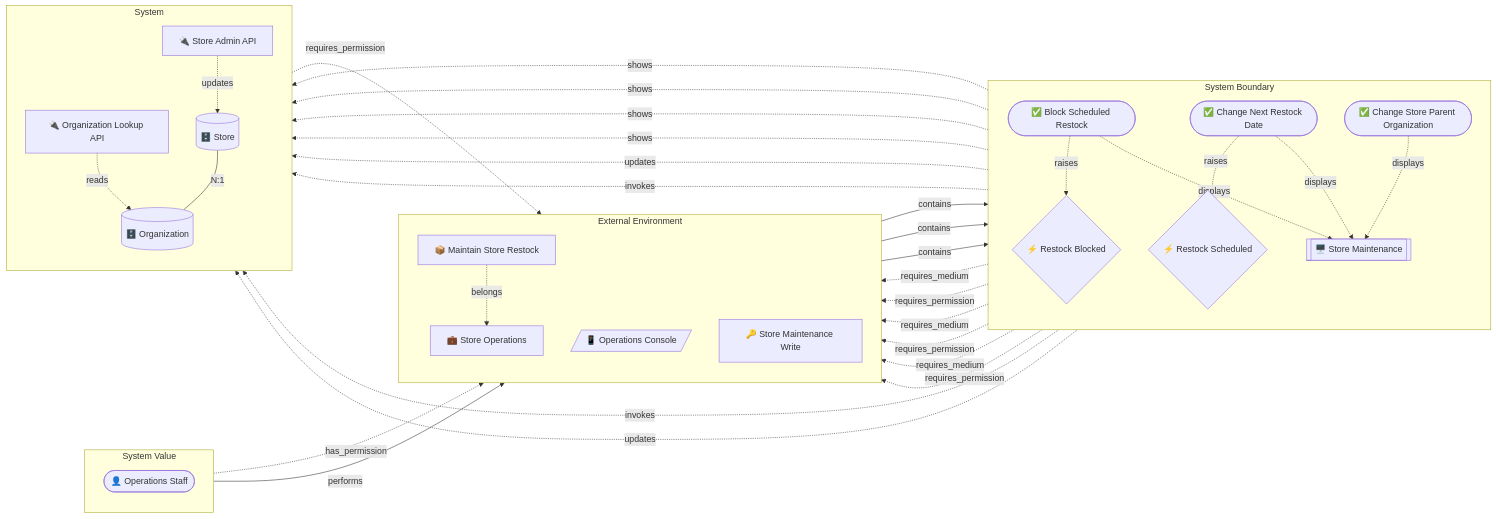
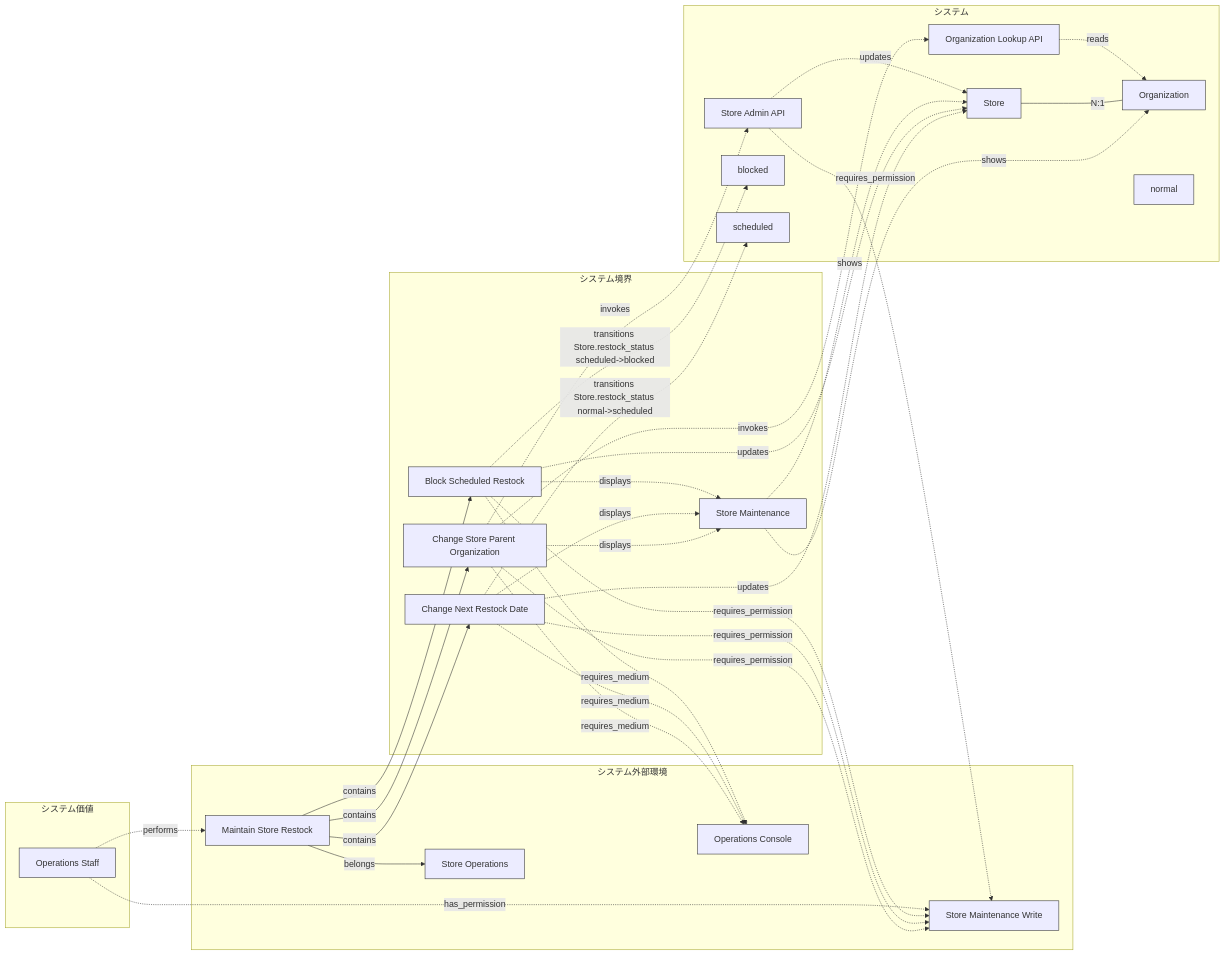
Before and after one commit to manji-0/rdra-ish-dsl: the first of 3 diagrams in docs/diagram-sample-review.md, drawn with Mermaid. The commit also changed other lines of this file and 35 other files, not shown here.

First line of the commit message:
feat(cli)!: write the rdra diagram under the encoding contract

````diff
--- a/docs/diagram-sample-review.md
+++ b/docs/diagram-sample-review.md
@@ -39,59 +39,70 @@
 ```mermaid
+%% rdra-ish diagram=rdra scope=buc:BucStoreRestock model=samples/incremental-order/step-6-business-rules/src
+%% layers: value=システム価値 environment=システム外部環境 boundary=システム境界 system=システム
+%% kinds: actor business buc medium permission usecase screen api entity state
+%% omitted: (none)
 flowchart LR
-  subgraph layer_value[System Value]
-    direction TB
-    OpsStaff(["👤 Operations Staff"])
+  subgraph layer_value["システム価値"]
+    actor__OpsStaff["Operations Staff"]:::actor
   end
-  subgraph layer_environment[External Environment]
-    direction TB
-    StoreOperations["💼 Store Operations"]
-    BucStoreRestock["📦 Maintain Store Restock"]
-    OpsConsole[/"📱 Operations Console"/]
-    StoreMaintenanceWrite["🔑 Store Maintenance Write"]
+  subgraph layer_environment["システム外部環境"]
+    business__StoreOperations["Store Operations"]:::business
+    %% desc business__StoreOperations: Store operations owns restock planning and store master maintenance.
+    buc__BucStoreRestock["Maintain Store Restock"]:::buc
+    %% desc buc__BucStoreRestock: Keep restock dates and store organization assignments operationally correct.
+    medium__OpsConsole["Operations Console"]:::medium
+    permission__StoreMaintenanceWrite["Store Maintenance Write"]:::permission
   end
-  subgraph layer_boundary[System Boundary]
-    direction TB
-    BlockScheduledRestock(["✅ Block Scheduled Restock"])
-    ChangeNextRestockDate(["✅ Change Next Restock Date"])
-    ChangeStoreParentOrganization(["✅ Change Store Parent Organization"])
-    StoreMaintenanceScreen[["🖥️ Store Maintenance"]]
-    RestockBlocked{"⚡ Restock Blocked"}
-    RestockScheduled{"⚡ Restock Scheduled"}
+  subgraph layer_boundary["システム境界"]
+    usecase__BlockScheduledRestock["Block Scheduled Restock"]:::usecase
+    usecase__ChangeNextRestockDate["Change Next Restock Date"]:::usecase
+    usecase__ChangeStoreParentOrganization["Change Store Parent Organization"]:::usecase
+    screen__StoreMaintenanceScreen["Store Maintenance"]:::screen
   end
-  subgraph layer_system[System]
-    direction TB
-    OrganizationLookupApi["🔌 Organization Lookup API"]
-    StoreAdminApi["🔌 Store Admin API"]
-    Organization[("🗄️ Organization")]
-    Store[("🗄️ Store")]
+  subgraph layer_system["システム"]
+    api__OrganizationLookupApi["Organization Lookup API"]:::api
+    api__StoreAdminApi["Store Admin API"]:::api
+    entity__Organization["Organization"]:::entity
+    entity__Store["Store"]:::entity
+    state__Store_blocked["blocked"]:::state
+    state__Store_normal["normal"]:::state
+    state__Store_scheduled["scheduled"]:::state
   end
-  OpsStaff -.->|has_permission| StoreMaintenanceWrite
-  OpsStaff -->|performs| BucStoreRestock
-  StoreAdminApi -.->|requires_permission| StoreMaintenanceWrite
-  StoreAdminApi -.->|updates| Store
-  OrganizationLookupApi -.->|reads| Organization
-  BucStoreRestock -.->|belongs| StoreOperations
-  BucStoreRestock -->|contains| ChangeNextRestockDate
-  BucStoreRestock -->|contains| ChangeStoreParentOrganization
-  BucStoreRestock -->|contains| BlockScheduledRestock
-  Store ---|N:1| Organization
-  StoreMaintenanceScreen -.->|shows| Store
-  StoreMaintenanceScreen -.->|shows| Store
-  StoreMaintenanceScreen -.->|shows| Store
-  StoreMaintenanceScreen -.->|shows| Organization
-  ChangeNextRestockDate -.->|displays| StoreMaintenanceScreen
-  ChangeNextRestockDate -.->|raises| RestockScheduled
-  ChangeNextRestockDate -.->|requires_medium| OpsConsole
-  ChangeNextRestockDate -.->|requires_permission| StoreMaintenanceWrite
-  ChangeNextRestockDate -.->|updates| Store
-  ChangeStoreParentOrganization -.->|displays| StoreMaintenanceScreen
-  ChangeStoreParentOrganization -.->|invokes| StoreAdminApi
-  ChangeStoreParentOrganization -.->|invokes| OrganizationLookupApi
-  ChangeStoreParentOrganization -.->|requires_medium| OpsConsole
-  ChangeStoreParentOrganization -.->|requires_permission| StoreMaintenanceWrite
-  BlockScheduledRestock -.->|displays| StoreMaintenanceScreen
-  BlockScheduledRestock -.->|raises| RestockBlocked
-  BlockScheduledRestock -.->|requires_medium| OpsConsole
-  BlockScheduledRestock -.->|requires_permission| StoreMaintenanceWrite
-  BlockScheduledRestock -.->|updates| Store
+  actor__OpsStaff -.->|has_permission| permission__StoreMaintenanceWrite
+  actor__OpsStaff -.->|performs| buc__BucStoreRestock
+  api__OrganizationLookupApi -.->|reads| entity__Organization
+  api__StoreAdminApi -.->|requires_permission| permission__StoreMaintenanceWrite
+  api__StoreAdminApi -.->|updates| entity__Store
+  buc__BucStoreRestock -->|belongs| business__StoreOperations
+  buc__BucStoreRestock -->|contains| usecase__BlockScheduledRestock
+  buc__BucStoreRestock -->|contains| usecase__ChangeNextRestockDate
+  buc__BucStoreRestock -->|contains| usecase__ChangeStoreParentOrganization
+  entity__Store ---|N:1| entity__Organization
+  screen__StoreMaintenanceScreen -.->|shows| entity__Organization
+  screen__StoreMaintenanceScreen -.->|shows| entity__Store
+  usecase__BlockScheduledRestock -.->|displays| screen__StoreMaintenanceScreen
+  usecase__BlockScheduledRestock -.->|requires_medium| medium__OpsConsole
+  usecase__BlockScheduledRestock -.->|requires_permission| permission__StoreMaintenanceWrite
+  usecase__BlockScheduledRestock -.->|transitions Store.restock_status scheduled->blocked| state__Store_blocked
+  usecase__BlockScheduledRestock -.->|updates| entity__Store
+  usecase__ChangeNextRestockDate -.->|displays| screen__StoreMaintenanceScreen
+  usecase__ChangeNextRestockDate -.->|requires_medium| medium__OpsConsole
+  usecase__ChangeNextRestockDate -.->|requires_permission| permission__StoreMaintenanceWrite
+  usecase__ChangeNextRestockDate -.->|transitions Store.restock_status normal->scheduled| state__Store_scheduled
+  usecase__ChangeNextRestockDate -.->|updates| entity__Store
+  usecase__ChangeStoreParentOrganization -.->|displays| screen__StoreMaintenanceScreen
+  usecase__ChangeStoreParentOrganization -.->|invokes| api__OrganizationLookupApi
+  usecase__ChangeStoreParentOrganization -.->|invokes| api__StoreAdminApi
+  usecase__ChangeStoreParentOrganization -.->|requires_medium| medium__OpsConsole
+  usecase__ChangeStoreParentOrganization -.->|requires_permission| permission__StoreMaintenanceWrite
+  classDef actor stroke:#333;
+  classDef business stroke:#333;
+  classDef buc stroke:#333;
+  classDef medium stroke:#333;
+  classDef permission stroke:#333;
+  classDef usecase stroke:#333;
+  classDef screen stroke:#333;
+  classDef api stroke:#333;
+  classDef entity stroke:#333;
+  classDef state stroke:#333;
 ```
````
